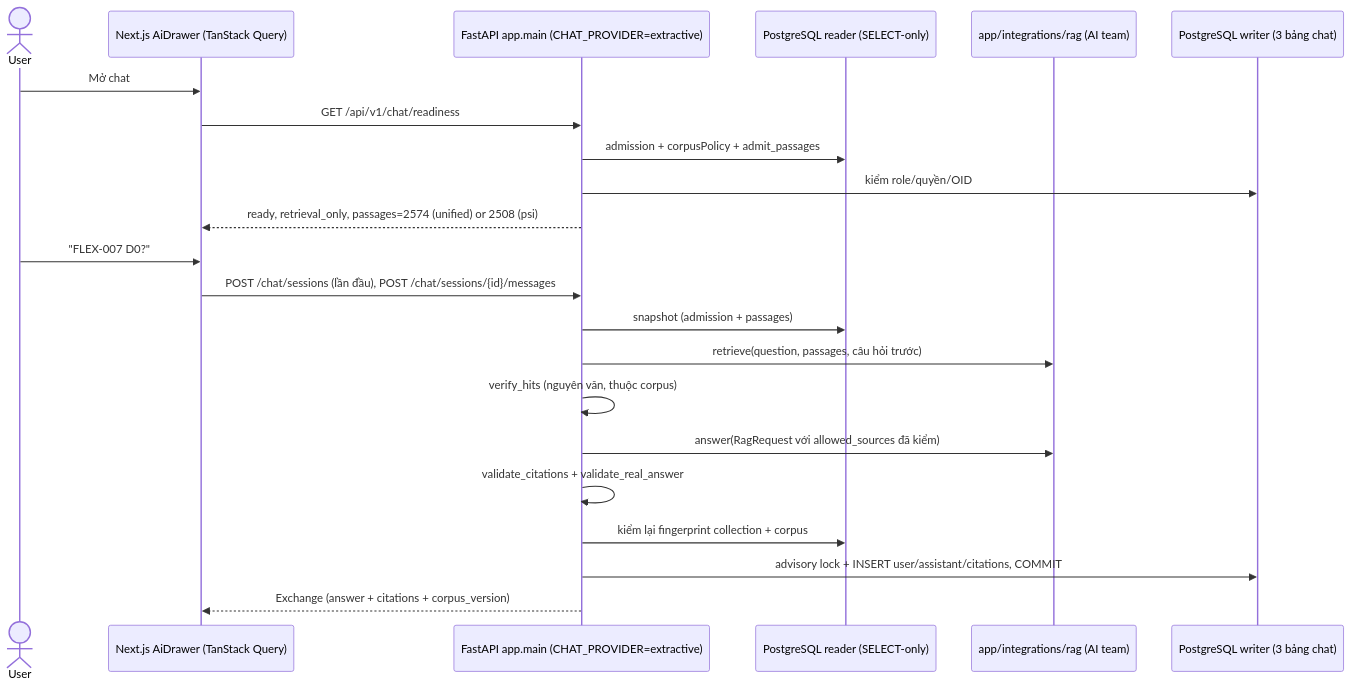
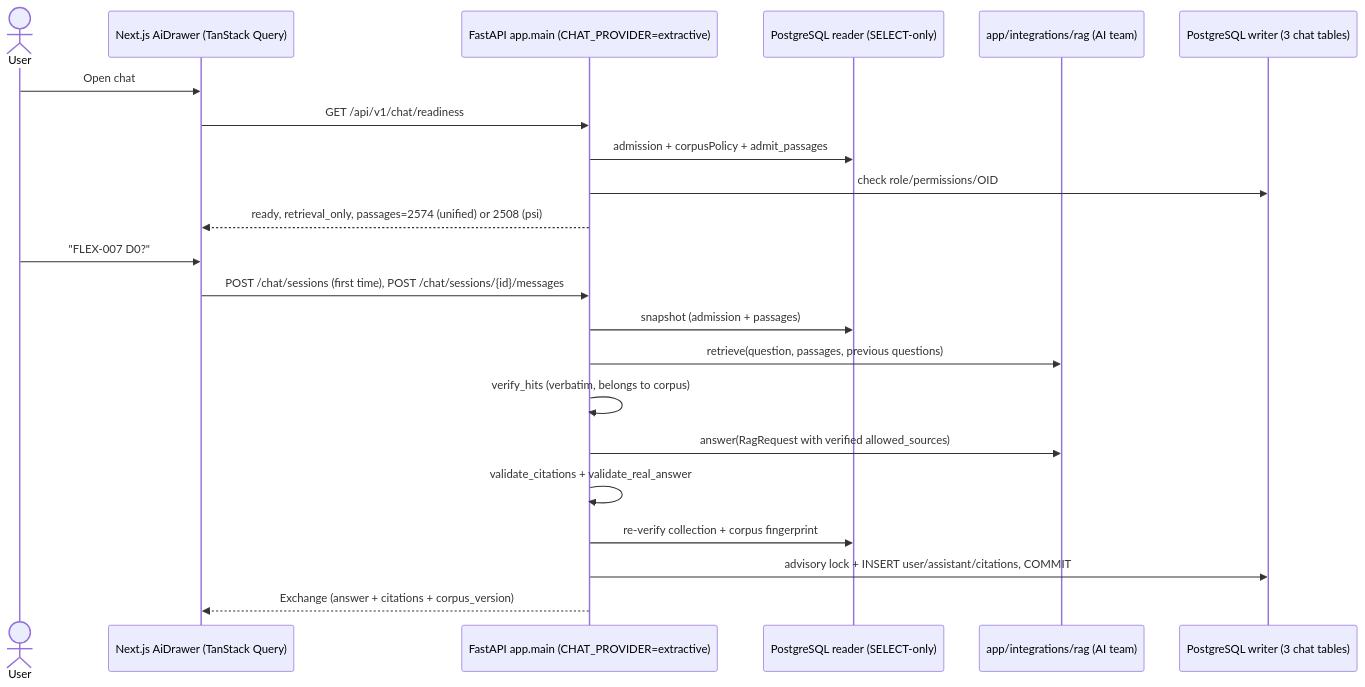
Before and after one commit to bachkhmt/TourbillionSG-FlameInFreefall: the diagram in docs/CHATBOT_FLOW.md, drawn with Mermaid. The commit also changed other lines of this file and 53 other files, not shown here.

````diff
--- a/docs/CHATBOT_FLOW.md
+++ b/docs/CHATBOT_FLOW.md
@@ -46,24 +46,24 @@
 ```mermaid
 sequenceDiagram
     actor User
     participant FE as Next.js AiDrawer (TanStack Query)
     participant API as FastAPI app.main (CHAT_PROVIDER=extractive)
     participant Reader as PostgreSQL reader (SELECT-only)
     participant RAG as app/integrations/rag (AI team)
-    participant Writer as PostgreSQL writer (3 bảng chat)
-    User->>FE: Mở chat
+    participant Writer as PostgreSQL writer (3 chat tables)
+    User->>FE: Open chat
     FE->>API: GET /api/v1/chat/readiness
     API->>Reader: admission + corpusPolicy + admit_passages
-    API->>Writer: kiểm role/quyền/OID
+    API->>Writer: check role/permissions/OID
     API-->>FE: ready, retrieval_only, passages=2574 (unified) or 2508 (psi)
     User->>FE: "FLEX-007 D0?"
-    FE->>API: POST /chat/sessions (lần đầu), POST /chat/sessions/{id}/messages
+    FE->>API: POST /chat/sessions (first time), POST /chat/sessions/{id}/messages
     API->>Reader: snapshot (admission + passages)
-    API->>RAG: retrieve(question, passages, câu hỏi trước)
-    API->>API: verify_hits (nguyên văn, thuộc corpus)
-    API->>RAG: answer(RagRequest với allowed_sources đã kiểm)
+    API->>RAG: retrieve(question, passages, previous questions)
+    API->>API: verify_hits (verbatim, belongs to corpus)
+    API->>RAG: answer(RagRequest with verified allowed_sources)
     API->>API: validate_citations + validate_real_answer
-    API->>Reader: kiểm lại fingerprint collection + corpus
+    API->>Reader: re-verify collection + corpus fingerprint
     API->>Writer: advisory lock + INSERT user/assistant/citations, COMMIT
     API-->>FE: Exchange (answer + citations + corpus_version)
 ```
````
